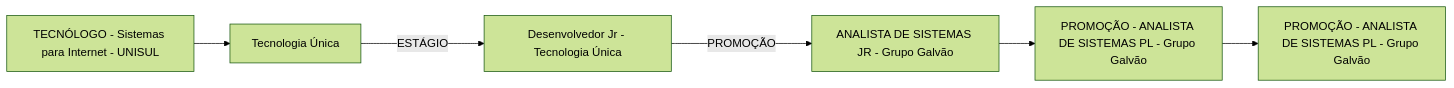
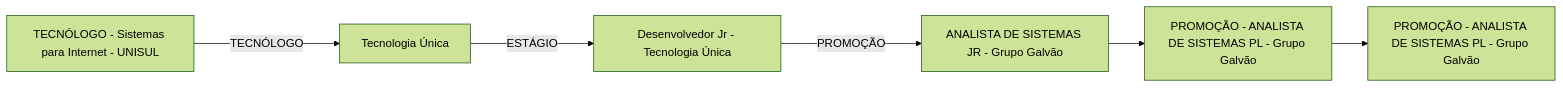
The diagram in Advanced-Business-Development-with-.NET/1º-Semestre/Aula-01-%2D-Introdução-e-Apresentação/Apresentação-do-Professor.md (rafsp/Graduacao_FIAP), drawn with Mermaid (forest theme) before and after one commit.

Commit message:
Updated Apresentação do Professor

```diff
--- a/Advanced-Business-Development-with-.NET/1º-Semestre/Aula-01-%2D-Introdução-e-Apresentação/Apresentação-do-Professor.md
+++ b/Advanced-Business-Development-with-.NET/1º-Semestre/Aula-01-%2D-Introdução-e-Apresentação/Apresentação-do-Professor.md
@@ -1,14 +1,14 @@
 ::: mermaid
 flowchart LR;
 a[TECNÓLOGO - Sistemas para Internet - UNISUL];
 b[Tecnologia Única];
 c[Desenvolvedor Jr - Tecnologia Única];
 d[ANALISTA DE SISTEMAS JR - Grupo Galvão];
 e[PROMOÇÃO - ANALISTA DE SISTEMAS PL - Grupo Galvão];
 f[PROMOÇÃO - ANALISTA DE SISTEMAS PL - Grupo Galvão];
-a-->b;
+a--TECNÓLOGO--->b;
 b--ESTÁGIO--->c;
 c--PROMOÇÃO--->d;
 d-->e;
 e-->f;
 :::
```
